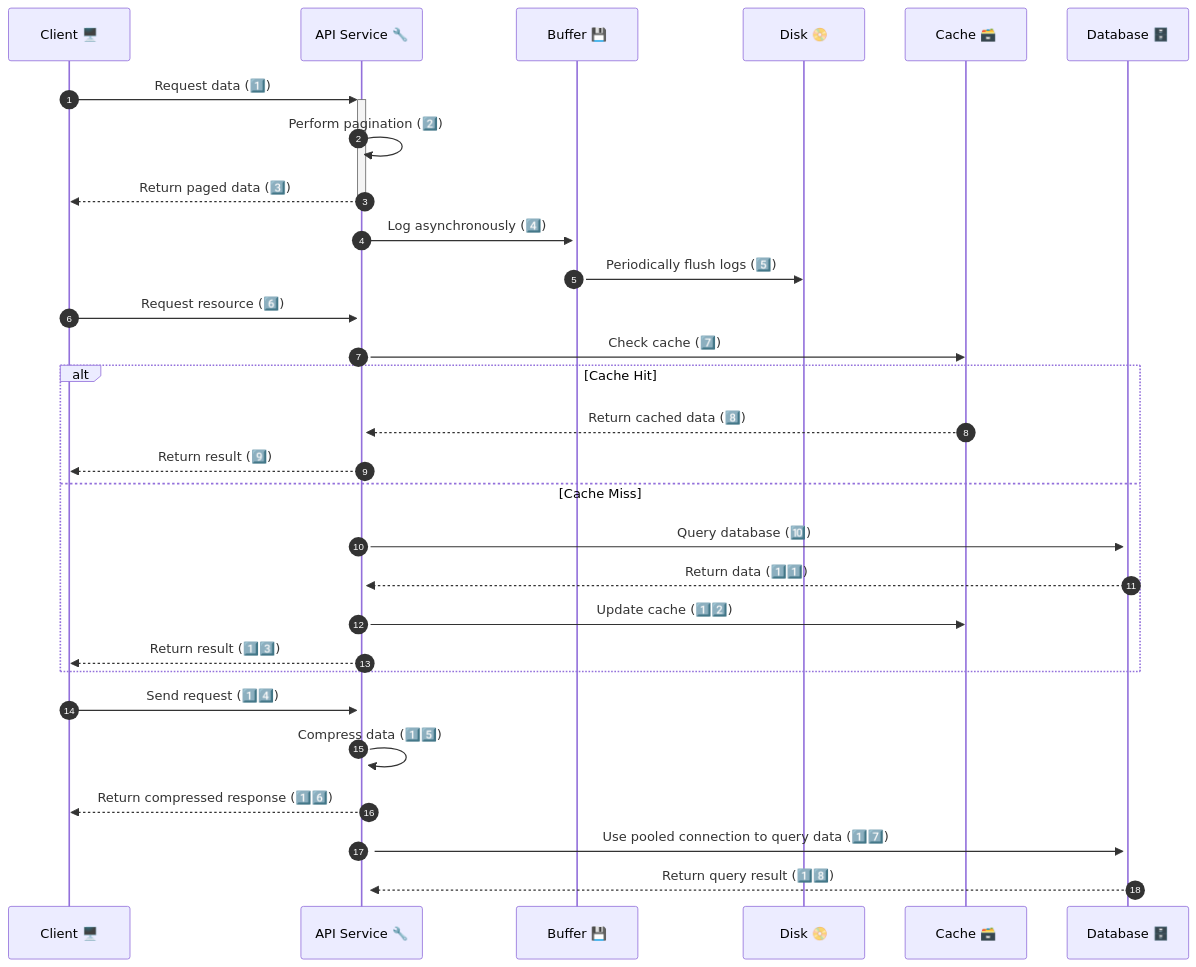
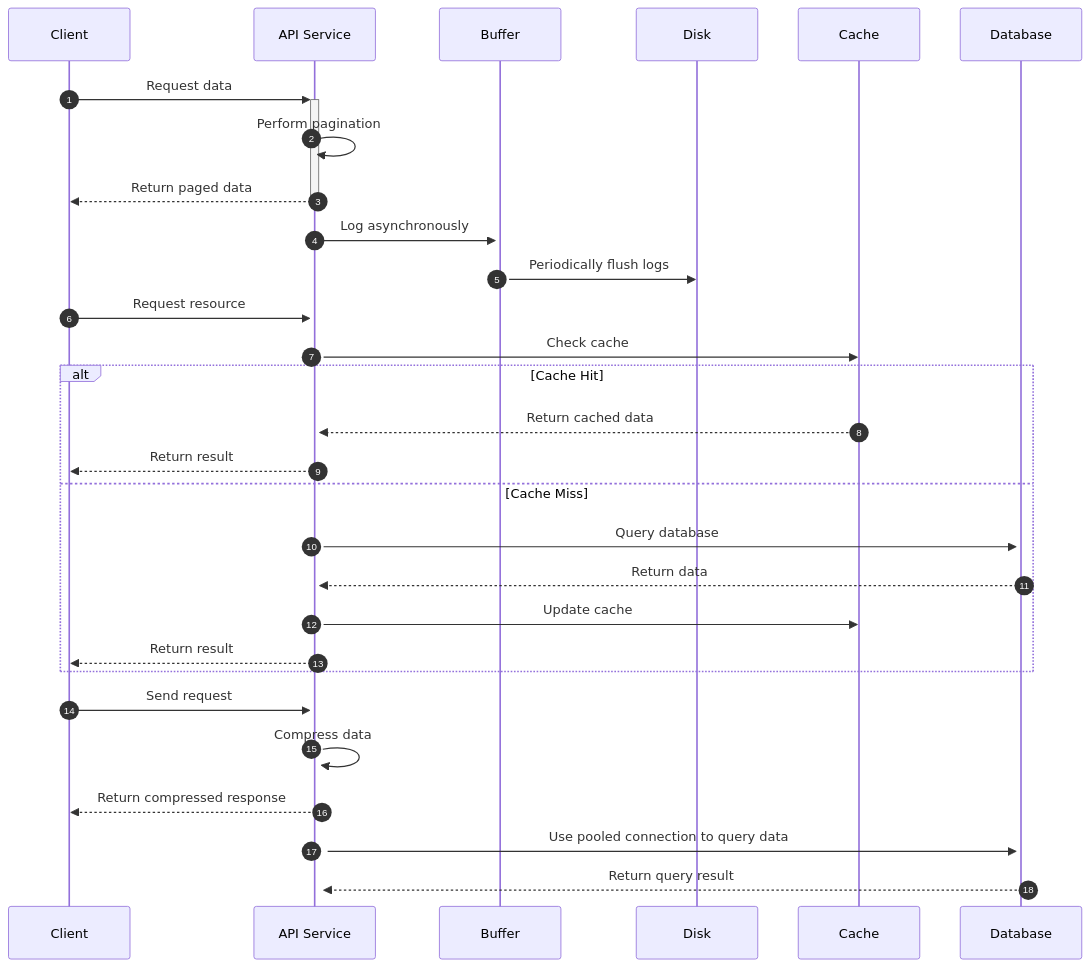
Before and after one commit to uwspstar/From-Zero-to-Hero: the first of 2 diagrams in System-Design/How to Improve API Performance.md, drawn with Mermaid. The commit also changed other lines of this file, not shown here.

Commit message:
Update How to Improve API Performance.md

````diff
--- a/System-Design/How to Improve API Performance.md
+++ b/System-Design/How to Improve API Performance.md
@@ -51,42 +49,42 @@
 ```mermaid
 sequenceDiagram
     autonumber
 
-    participant Client 🖥️
-    participant API Service 🔧
-    participant Buffer 💾
-    participant Disk 📀
-    participant Cache 🗃️
-    participant Database 🗄️
+    participant Client
+    participant API Service
+    participant Buffer
+    participant Disk
+    participant Cache
+    participant Database
 
     %% Pagination
-    Client 🖥️->>+API Service 🔧: Request data (1️⃣)
-    API Service 🔧->>API Service 🔧: Perform pagination (2️⃣)
-    API Service 🔧-->>-Client 🖥️: Return paged data (3️⃣)
+    Client ->>+API Service: Request data
+    API Service ->>API Service: Perform pagination
+    API Service -->>-Client: Return paged data
 
     %% Asynchronous Logging
-    API Service 🔧->>+Buffer 💾: Log asynchronously (4️⃣)
-    Buffer 💾->>Disk 📀: Periodically flush logs (5️⃣)
+    API Service ->>+Buffer: Log asynchronously
+    Buffer ->>Disk: Periodically flush logs
 
     %% Caching
-    Client 🖥️->>+API Service 🔧: Request resource (6️⃣)
-    API Service 🔧->>Cache 🗃️: Check cache (7️⃣)
+    Client ->>+API Service: Request resource
+    API Service ->>Cache: Check cache
     alt Cache Hit
-        Cache 🗃️-->>API Service 🔧: Return cached data (8️⃣)
-        API Service 🔧-->>Client 🖥️: Return result (9️⃣)
+        Cache -->>API Service: Return cached data
+        API Service -->>Client: Return result
     else Cache Miss
-        API Service 🔧->>+Database 🗄️: Query database (🔟)
-        Database 🗄️-->>API Service 🔧: Return data (1️⃣1️⃣)
-        API Service 🔧->>Cache 🗃️: Update cache (1️⃣2️⃣)
-        API Service 🔧-->>Client 🖥️: Return result (1️⃣3️⃣)
+        API Service ->>+Database: Query database
+        Database -->>API Service: Return data
+        API Service ->>Cache: Update cache
+        API Service -->>Client: Return result
     end
 
     %% Payload Compression
-    Client 🖥️->>+API Service 🔧: Send request (1️⃣4️⃣)
-    API Service 🔧->>API Service 🔧: Compress data (1️⃣5️⃣)
-    API Service 🔧-->>Client 🖥️: Return compressed response (1️⃣6️⃣)
+    Client ->>+API Service: Send request
+    API Service ->>API Service: Compress data
+    API Service -->>Client: Return compressed response
 
     %% Connection Pool
-    API Service 🔧->>+Database 🗄️: Use pooled connection to query data (1️⃣7️⃣)
-    Database 🗄️-->>API Service 🔧: Return query result (1️⃣8️⃣)
+    API Service ->>+Database: Use pooled connection to query data
+    Database -->>API Service: Return query result
 ```
````
